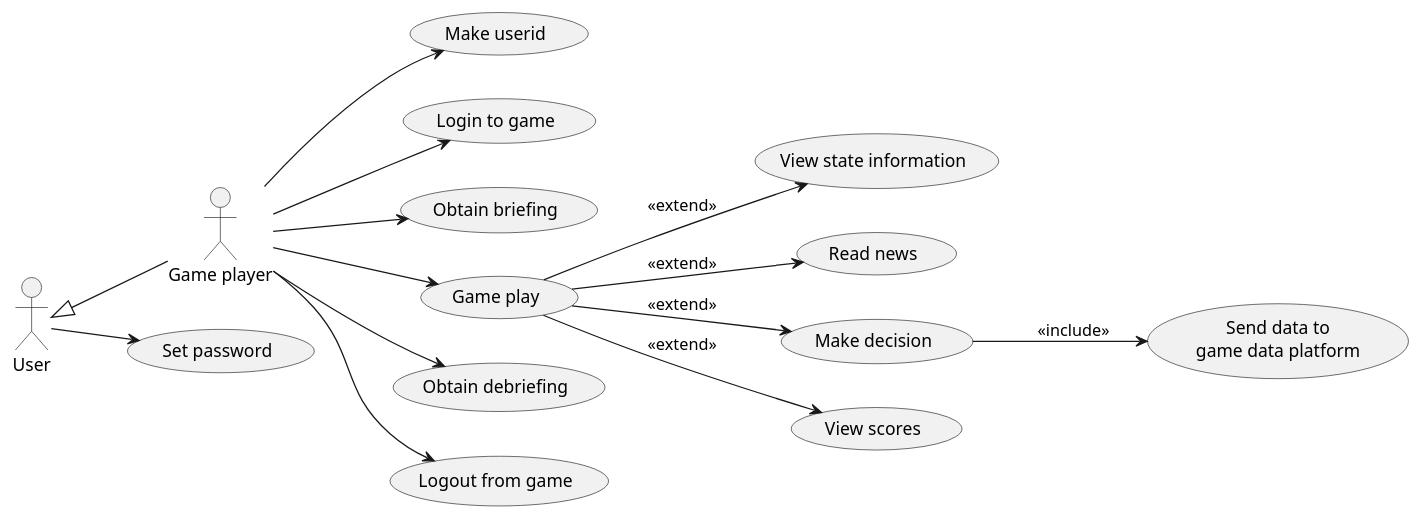
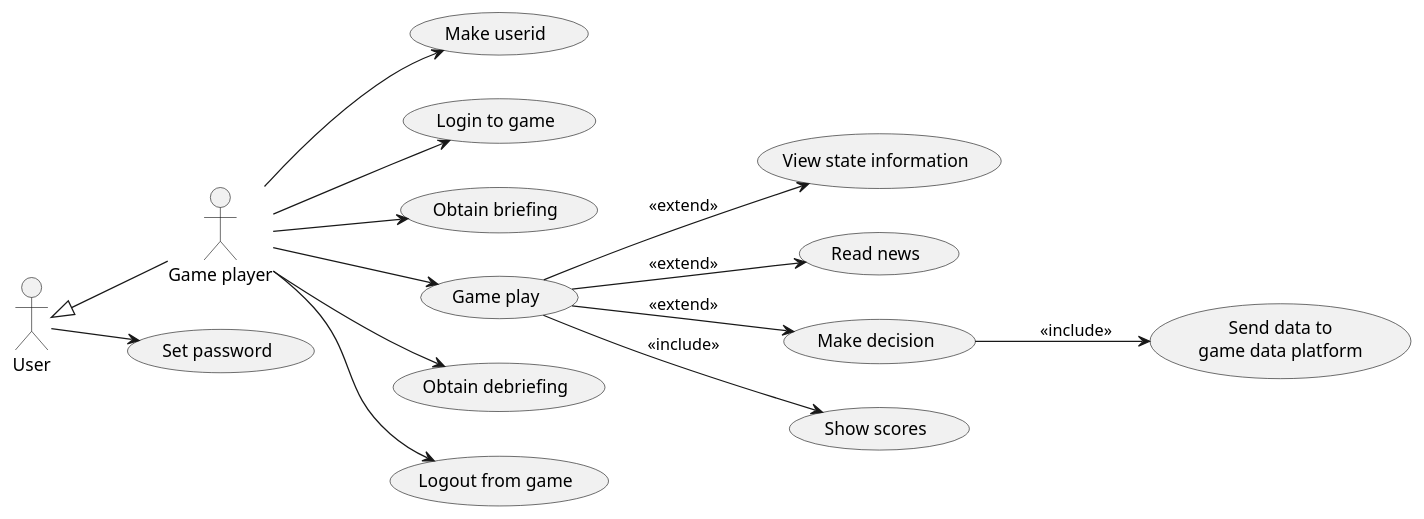
The diagram in doc/1-use-cases/diagrams/game-play.puml (averbraeck/gscg-design), drawn with PlantUML before and after one commit. The commit also changed 2 other files, not shown here.

Commit message:
Make "show scores" an <<include>> activity; add "trigger intervention"

```diff
--- a/doc/1-use-cases/diagrams/game-play.puml
+++ b/doc/1-use-cases/diagrams/game-play.puml
@@ -1,26 +1,26 @@
 @startuml
 left to right direction
 
 "Game player" as GP
 User <|-- GP
 
 User --> (Set password)
 
 GP --> (Make userid)
 GP --> (Login to game)
 
 GP --> (Obtain briefing)
 
 GP --> (Game play)
 (Game play) --> (View state information) : << extend >>
 (Game play) --> (Read news) : << extend >>
 (Game play) --> (Make decision) : << extend >>
-(Game play) --> (View scores) : << extend >>
+(Game play) --> (Show scores) : << include >>
 
 (Make decision) --> (Send data to\ngame data platform) : << include >>
 
 GP --> (Obtain debriefing)
 
 GP --> (Logout from game)
 
 @enduml
```
